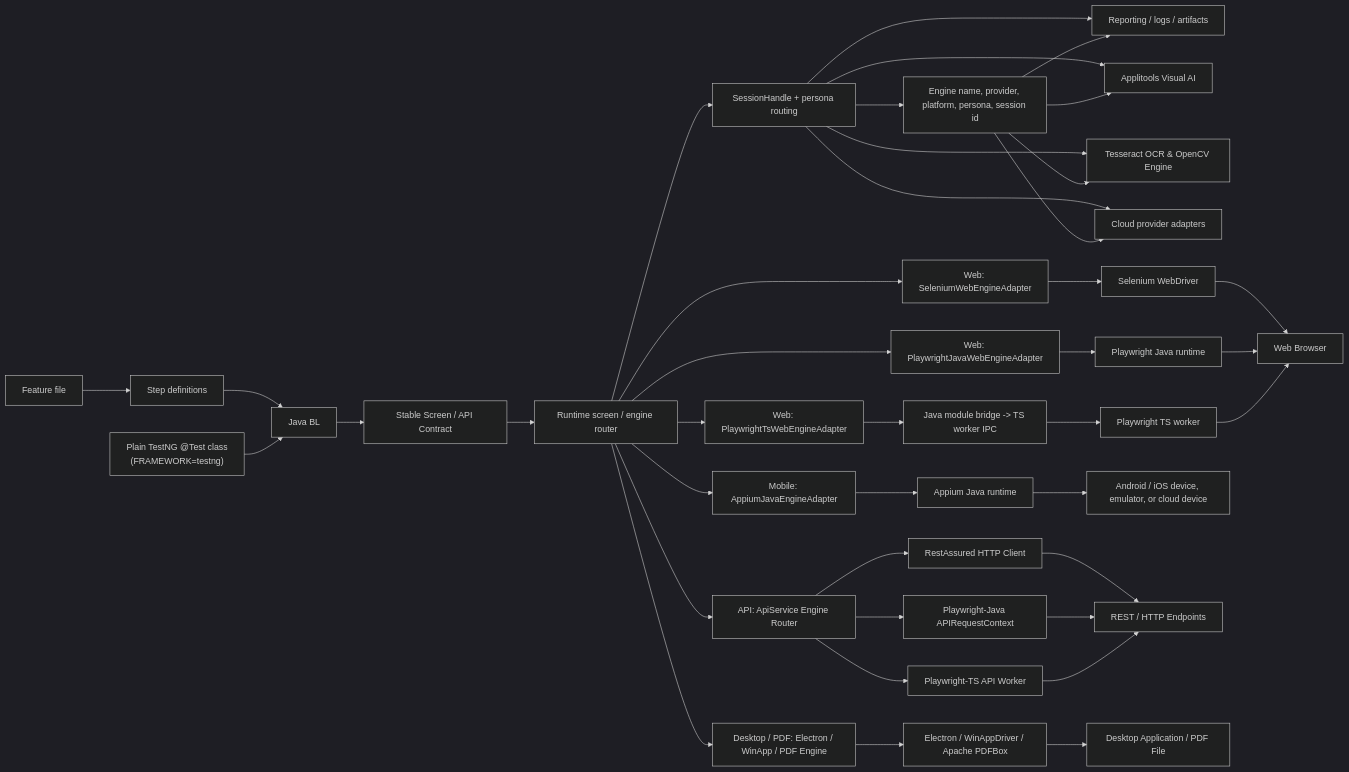
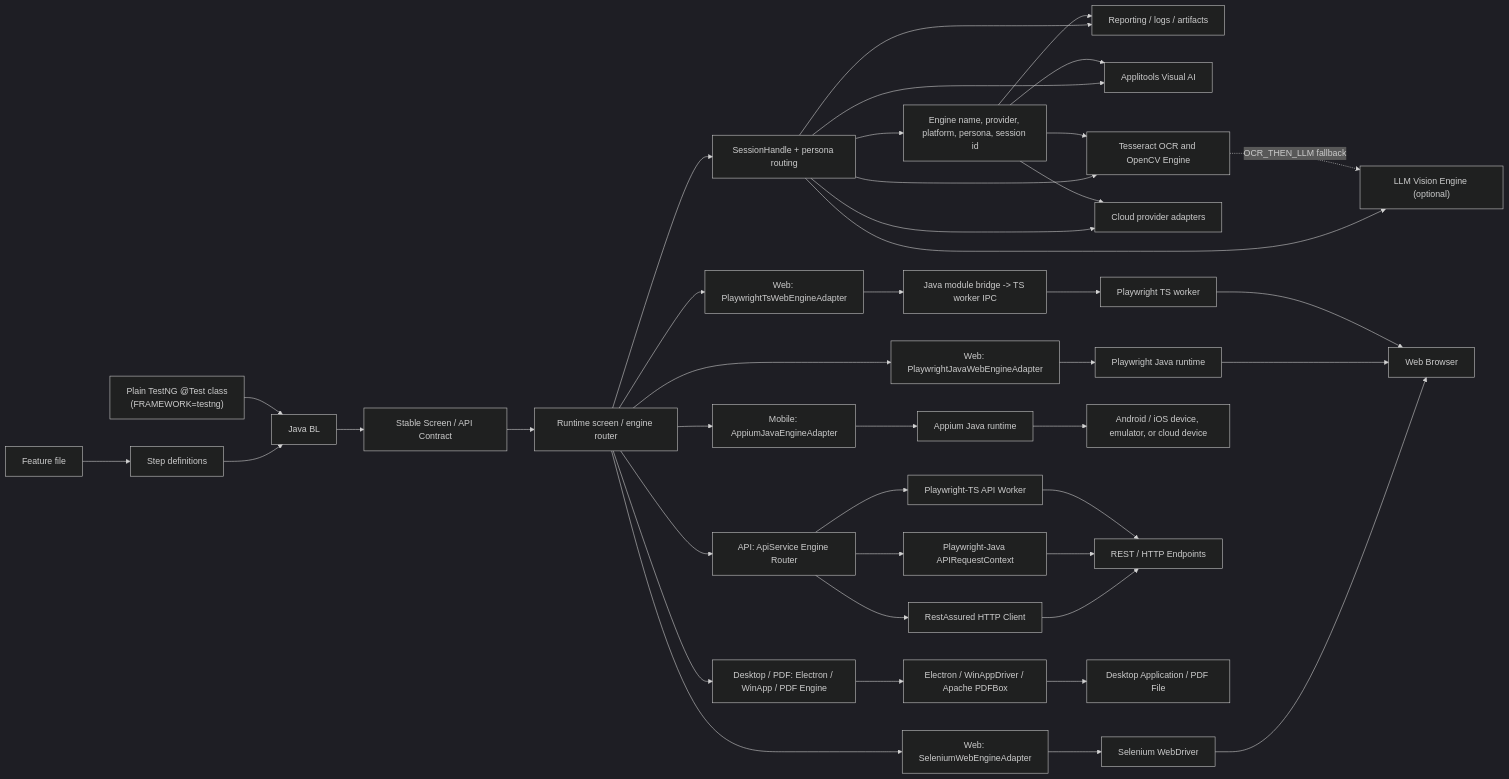
One commit to anandbagmar/teswiz changed the first of 4 diagrams in docs/architecture-and-internals/architecture-notes.md. Above: the diagram before and after it, drawn with Mermaid (dark theme). The commit also changed other lines of this file and 4 other files, not shown here.

First line of the commit message:
Document vision(strategy) API and LLM vision locator

````diff
--- a/docs/architecture-and-internals/architecture-notes.md
+++ b/docs/architecture-and-internals/architecture-notes.md
@@ -61,46 +61,48 @@
 ```mermaid
 flowchart LR
     F[Feature file] --> S[Step definitions]
     S --> BL[Java BL]
     TNG["Plain TestNG @Test class<br/>(FRAMEWORK=testng)"] --> BL
     BL --> SC[Stable Screen / API Contract]
     SC --> ROUTER[Runtime screen / engine router]
 
     ROUTER --> SH[SessionHandle + persona routing]
     SH --> REP[Reporting / logs / artifacts]
     SH --> VIS[Applitools Visual AI]
-    SH --> OCR[Tesseract OCR & OpenCV Engine]
-    SH --> CLOUD[Cloud provider adapters]
+    SH --> OCR["Tesseract OCR and OpenCV Engine"]
+    SH --> LLMV["LLM Vision Engine (optional)"]
+    SH --> CLOUD["Cloud provider adapters"]
+    OCR -.->|OCR_THEN_LLM fallback| LLMV
 
     ROUTER --> WSEL[Web: SeleniumWebEngineAdapter]
     ROUTER --> WPJ[Web: PlaywrightJavaWebEngineAdapter]
     ROUTER --> WPTS[Web: PlaywrightTsWebEngineAdapter]
     ROUTER --> MAPP[Mobile: AppiumJavaEngineAdapter]
     ROUTER --> APIE[API: ApiService Engine Router]
     ROUTER --> DSK[Desktop / PDF: Electron / WinApp / PDF Engine]
 
     WSEL --> WD[Selenium WebDriver]
     WPJ --> PWJ[Playwright Java runtime]
     WPTS --> IPC[Java module bridge -> TS worker IPC]
     IPC --> PWT[Playwright TS worker]
     MAPP --> APP[Appium Java runtime]
     APIE --> RA[RestAssured HTTP Client]
     APIE --> PWJ_A[Playwright-Java APIRequestContext]
     APIE --> PWTS_A[Playwright-TS API Worker]
     DSK --> ELE[Electron / WinAppDriver / Apache PDFBox]
 
     WD --> B[Web Browser]
     PWJ --> B
     PWT --> B
     APP --> D[Android / iOS device, emulator, or cloud device]
     RA --> API_END[REST / HTTP Endpoints]
     PWJ_A --> API_END
     PWTS_A --> API_END
     ELE --> APP_DESK[Desktop Application / PDF File]
 
     SH --> META[Engine name, provider, platform, persona, session id]
     META --> REP
     META --> VIS
     META --> OCR
     META --> CLOUD
 ```
````
